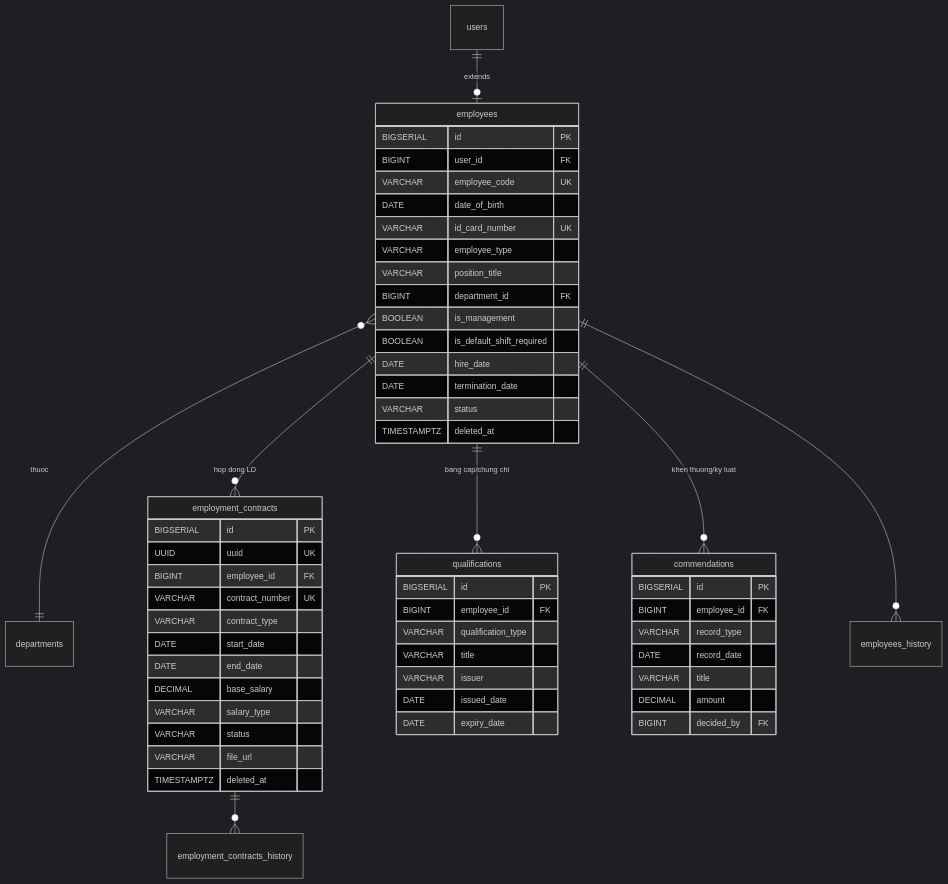
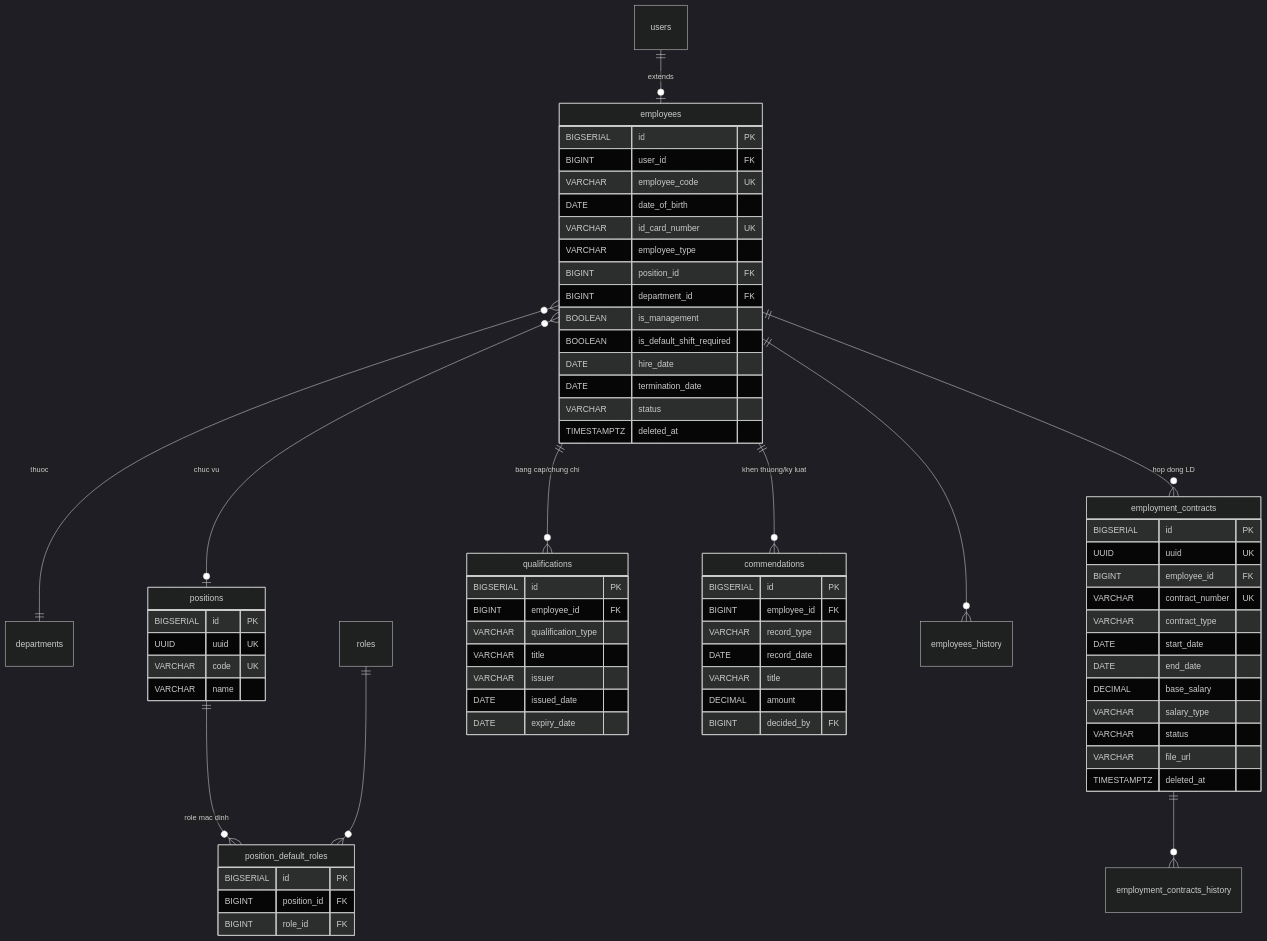
One commit to langtuananh2424/pps-education changed the diagram in docs/diagrams/erd/ERD-Nhom4A-HoSoNhanSu.mmd. Above: the diagram before and after it, drawn with Mermaid (dark theme). The commit also changed 51 other files, not shown here.

First line of the commit message:
feat(hrm): auto-assign role by chuc vu + department CRUD; feat(facility): site GPS coordinates

```diff
--- a/docs/diagrams/erd/ERD-Nhom4A-HoSoNhanSu.mmd
+++ b/docs/diagrams/erd/ERD-Nhom4A-HoSoNhanSu.mmd
@@ -1,61 +1,78 @@
 erDiagram
     users ||--o| employees : "extends"
     employees }o--|| departments : "thuoc"
+    employees }o--o| positions : "chuc vu"
     employees ||--o{ employment_contracts : "hop dong LD"
     employees ||--o{ qualifications : "bang cap/chung chi"
     employees ||--o{ commendations : "khen thuong/ky luat"
 
     employees ||--o{ employees_history : ""
     employment_contracts ||--o{ employment_contracts_history : ""
+
+    positions ||--o{ position_default_roles : "role mac dinh"
+    roles ||--o{ position_default_roles : ""
 
     employees {
         BIGSERIAL id PK
         BIGINT user_id FK
         VARCHAR employee_code UK
         DATE date_of_birth
         VARCHAR id_card_number UK
         VARCHAR employee_type
-        VARCHAR position_title
+        BIGINT position_id FK
         BIGINT department_id FK
         BOOLEAN is_management
         BOOLEAN is_default_shift_required
         DATE hire_date
         DATE termination_date
         VARCHAR status
         TIMESTAMPTZ deleted_at
+    }
+
+    positions {
+        BIGSERIAL id PK
+        UUID uuid UK
+        VARCHAR code UK
+        VARCHAR name
+    }
+
+    position_default_roles {
+        BIGSERIAL id PK
+        BIGINT position_id FK
+        BIGINT role_id FK
     }
 
     employment_contracts {
         BIGSERIAL id PK
         UUID uuid UK
         BIGINT employee_id FK
         VARCHAR contract_number UK
         VARCHAR contract_type
         DATE start_date
         DATE end_date
         DECIMAL base_salary
         VARCHAR salary_type
         VARCHAR status
         VARCHAR file_url
         TIMESTAMPTZ deleted_at
     }
 
     qualifications {
         BIGSERIAL id PK
         BIGINT employee_id FK
         VARCHAR qualification_type
         VARCHAR title
         VARCHAR issuer
         DATE issued_date
         DATE expiry_date
     }
 
     commendations {
         BIGSERIAL id PK
         BIGINT employee_id FK
         VARCHAR record_type
         DATE record_date
         VARCHAR title
         DECIMAL amount
         BIGINT decided_by FK
     }
```
